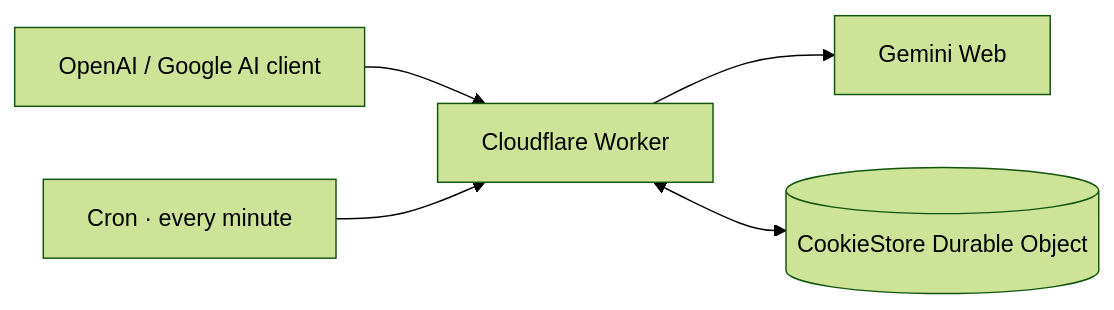
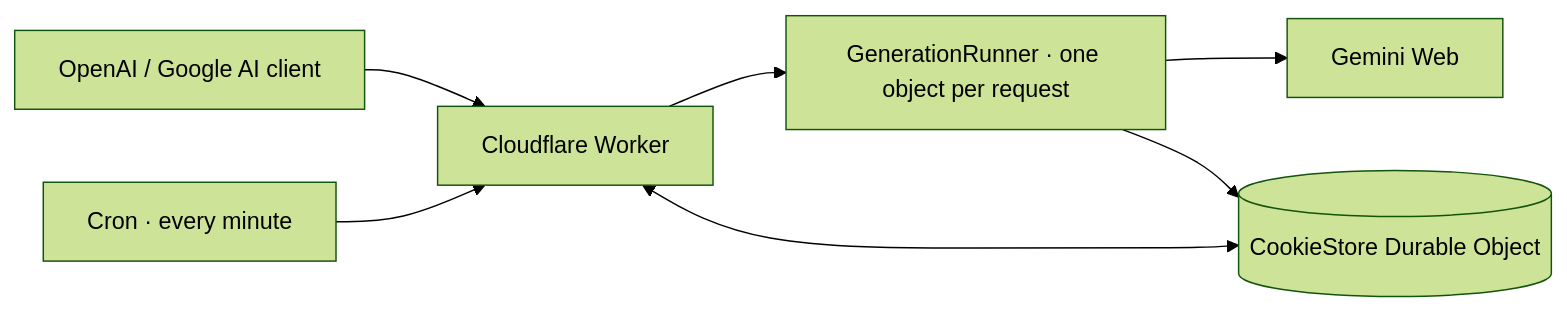
Before and after one commit to banana2556/gemini2api-cfworker: the diagram in README.md, drawn with Mermaid (forest theme). The commit also changed other lines of this file and 4 other files, not shown here.

Commit message:
Move generation into Durable Objects to avoid Free Worker CPU limits

````diff
--- a/README.md
+++ b/README.md
@@ -252,7 +256,9 @@
 ```mermaid
 flowchart LR
     client["OpenAI / Google AI client"] --> worker["Cloudflare Worker"]
-    worker --> gemini["Gemini Web"]
+    worker --> runner["GenerationRunner · one object per request"]
+    runner --> gemini["Gemini Web"]
+    runner --> store
     worker <--> store[("CookieStore Durable Object")]
     cron["Cron · every minute"] --> worker
 ```
````
